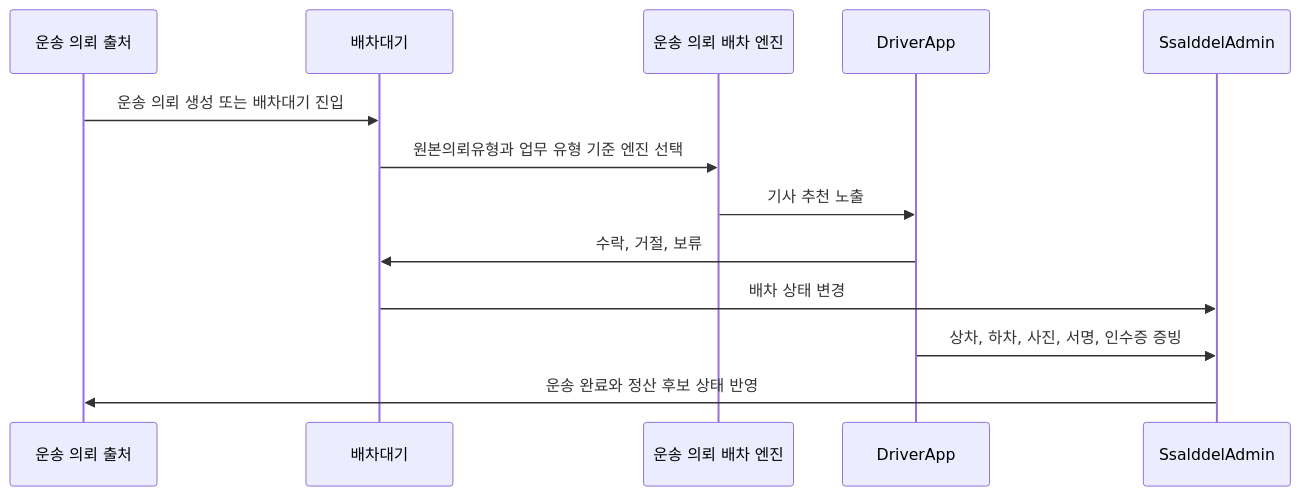
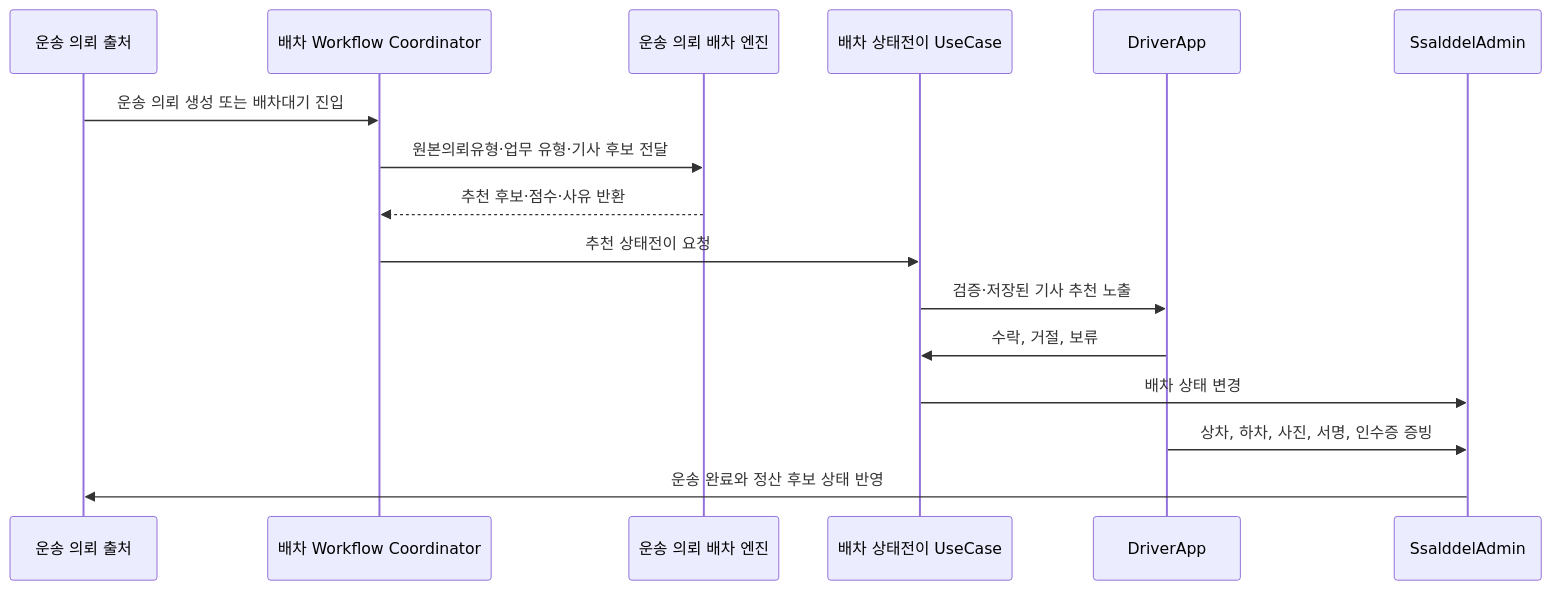
Before and after one commit to cheolwo/hongdal: the fifth of 5 diagrams in docs/Architecture/EngineOverview.md, drawn with Mermaid. The commit also changed other lines of this file and 17 other files, not shown here.

````diff
--- a/docs/Architecture/EngineOverview.md
+++ b/docs/Architecture/EngineOverview.md
@@ -273,16 +292,19 @@
 ```mermaid
 sequenceDiagram
     participant Source as 운송 의뢰 출처
-    participant Queue as 배차대기
+    participant Coordinator as 배차 Workflow Coordinator
     participant Engine as 운송 의뢰 배차 엔진
+    participant UseCase as 배차 상태전이 UseCase
     participant Driver as DriverApp
     participant Admin as SsalddelAdmin
 
-    Source->>Queue: 운송 의뢰 생성 또는 배차대기 진입
-    Queue->>Engine: 원본의뢰유형과 업무 유형 기준 엔진 선택
-    Engine->>Driver: 기사 추천 노출
-    Driver->>Queue: 수락, 거절, 보류
-    Queue->>Admin: 배차 상태 변경
+    Source->>Coordinator: 운송 의뢰 생성 또는 배차대기 진입
+    Coordinator->>Engine: 원본의뢰유형·업무 유형·기사 후보 전달
+    Engine-->>Coordinator: 추천 후보·점수·사유 반환
+    Coordinator->>UseCase: 추천 상태전이 요청
+    UseCase->>Driver: 검증·저장된 기사 추천 노출
+    Driver->>UseCase: 수락, 거절, 보류
+    UseCase->>Admin: 배차 상태 변경
     Driver->>Admin: 상차, 하차, 사진, 서명, 인수증 증빙
     Admin->>Source: 운송 완료와 정산 후보 상태 반영
 ```
````
